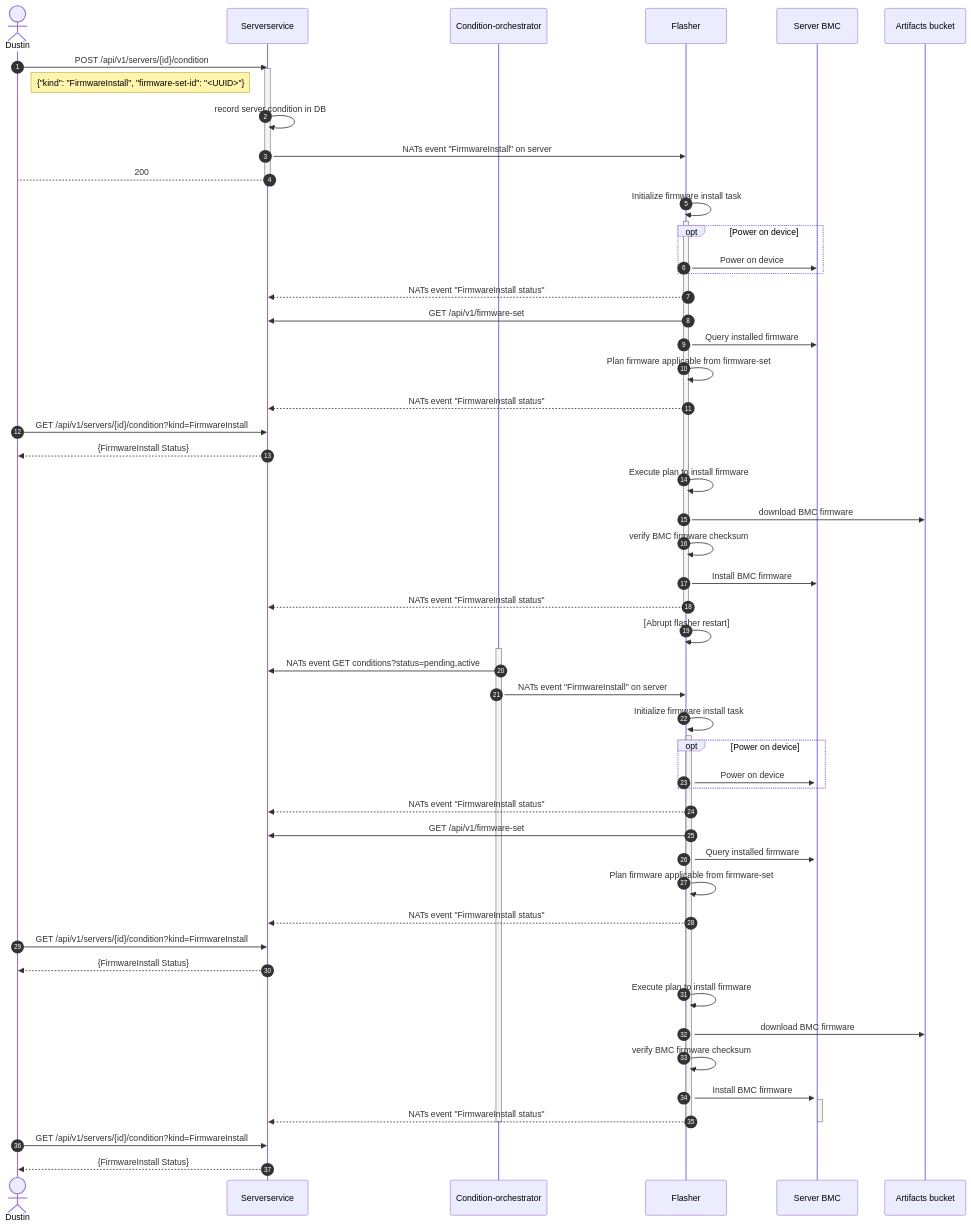
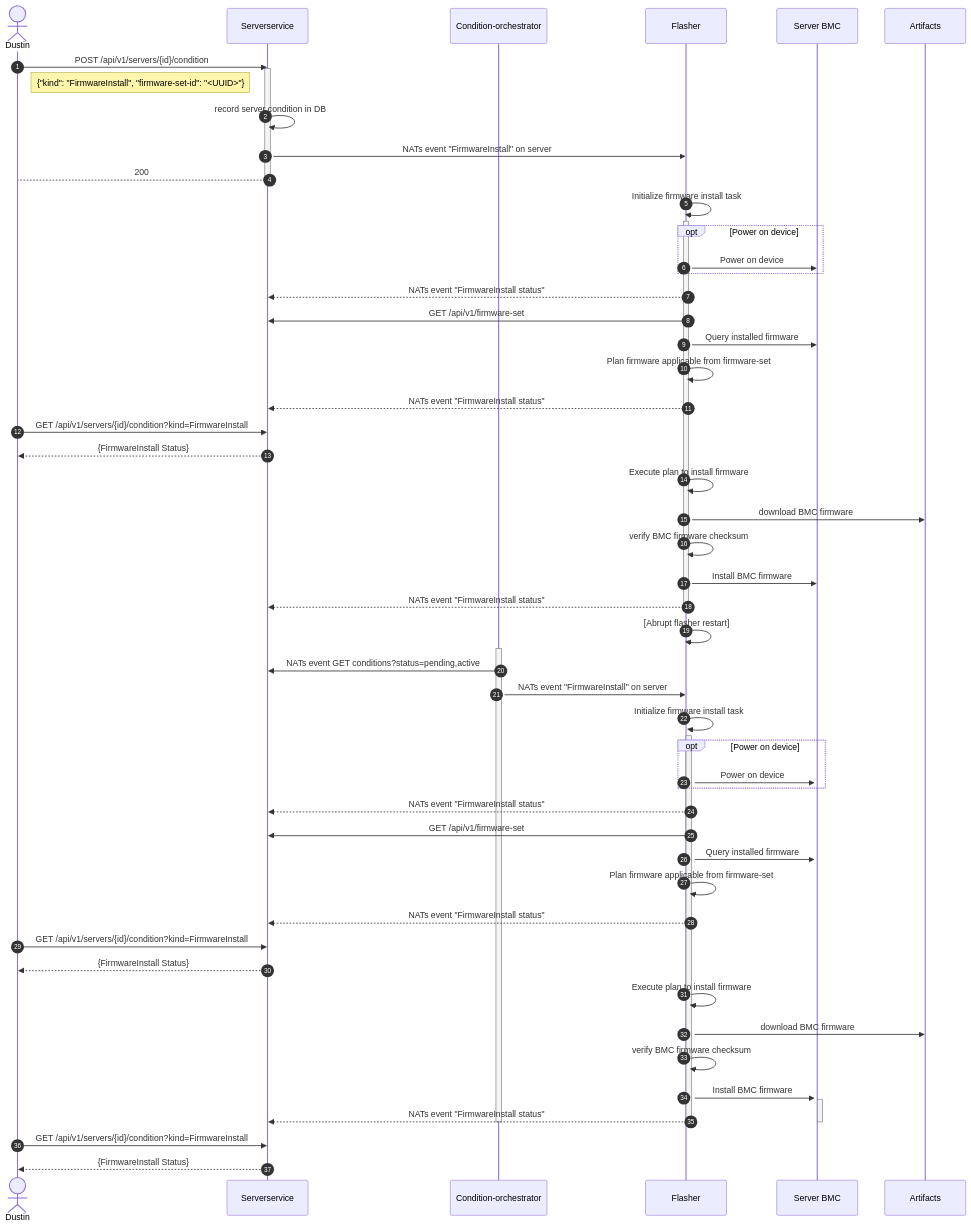
Before and after one commit to metal-toolbox/architecture: the third of 3 diagrams in firmware-install-service.md, drawn with Mermaid. The commit also changed other lines of this file, not shown here.

Commit message:
Update Artifacts node based on feedback

```diff
--- a/firmware-install-service.md
+++ b/firmware-install-service.md
@@ -265,7 +265,7 @@
     participant Condition-orchestrator
     participant Flasher
     participant Server BMC
-    participant Artifacts bucket
+    participant Artifacts
 
 
     %% >>>>>>>>>> interaction
@@ -296,7 +296,7 @@
     Dustin->>Serverservice: GET /api/v1/servers/{id}/condition?kind=FirmwareInstall
     Serverservice-->>Dustin: {FirmwareInstall Status}
     Flasher->>Flasher: Execute plan to install firmware
-    Flasher->>Artifacts bucket: download BMC firmware
+    Flasher->>Artifacts: download BMC firmware
     Flasher->>Flasher: verify BMC firmware checksum
     Flasher->>Server BMC: Install BMC firmware
     activate Server BMC
@@ -327,7 +327,7 @@
     Dustin->>Serverservice: GET /api/v1/servers/{id}/condition?kind=FirmwareInstall
     Serverservice-->>Dustin: {FirmwareInstall Status}
     Flasher->>Flasher: Execute plan to install firmware
-    Flasher->>Artifacts bucket: download BMC firmware
+    Flasher->>Artifacts: download BMC firmware
     Flasher->>Flasher: verify BMC firmware checksum
     Flasher->>Server BMC: Install BMC firmware
     activate Server BMC
```
